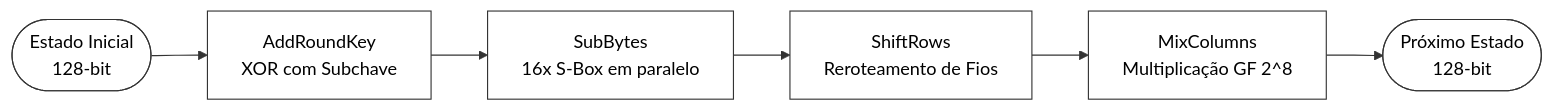
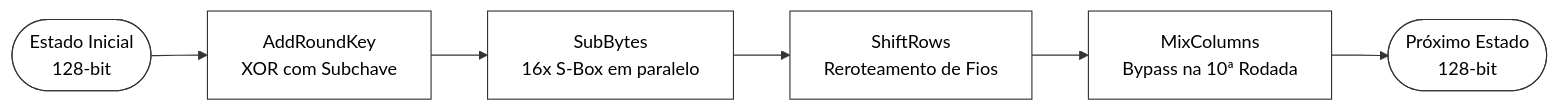
Before and after one commit to MatheusCarne/ciexpert-acelerador-aes-spi: the second of 4 diagrams in docs/architecture/microarquitetura_v1.0.md, drawn with Mermaid. The commit also changed other lines of this file, not shown here.

````diff
--- a/docs/architecture/microarquitetura_v1.0.md
+++ b/docs/architecture/microarquitetura_v1.0.md
@@ -55,15 +58,15 @@
 ```mermaid
 flowchart LR
     IN([Estado Inicial<br/>128-bit]) --> ARK[AddRoundKey<br/>XOR com Subchave]
     ARK --> SB[SubBytes<br/>16x S-Box em paralelo]
     SB --> SR[ShiftRows<br/>Reroteamento de Fios]
-    SR --> MC[MixColumns<br/>Multiplicação GF 2^8]
+    SR --> MC[MixColumns<br/>Bypass na 10ª Rodada]
     MC --> OUT([Próximo Estado<br/>128-bit])
     
     style IN fill:#ffffff,stroke:#333,color:#000
     style ARK fill:#ffffff,stroke:#333,color:#000
     style SB fill:#ffffff,stroke:#333,color:#000
     style SR fill:#ffffff,stroke:#333,color:#000
     style MC fill:#ffffff,stroke:#333,color:#000
     style OUT fill:#ffffff,stroke:#333,color:#000
 ```
````
